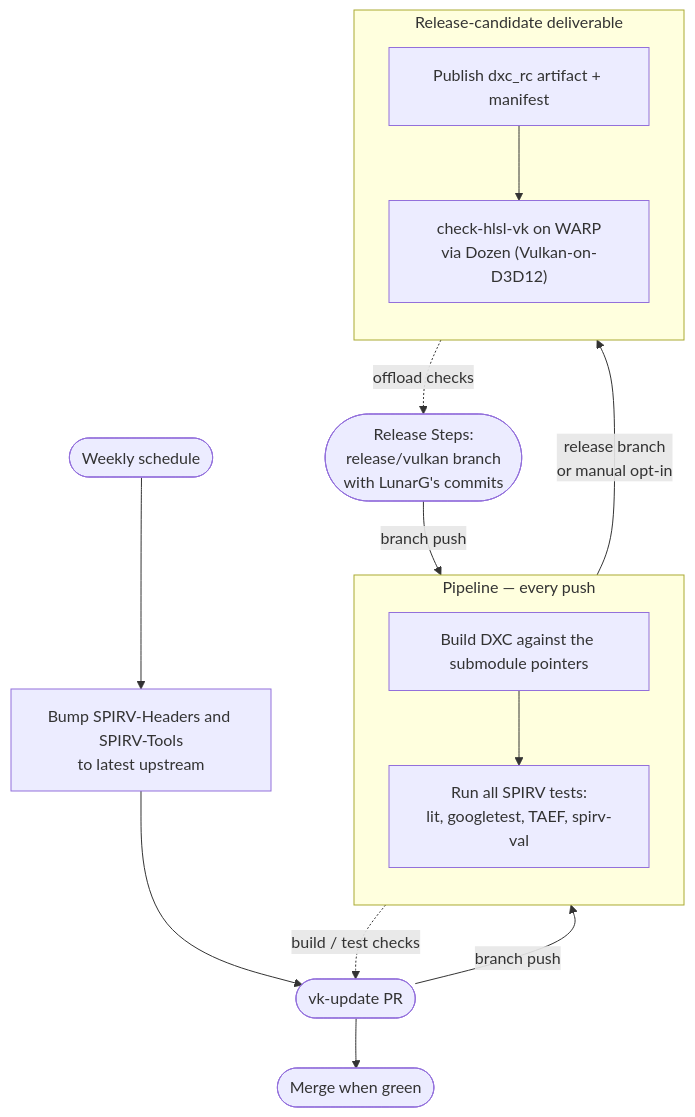
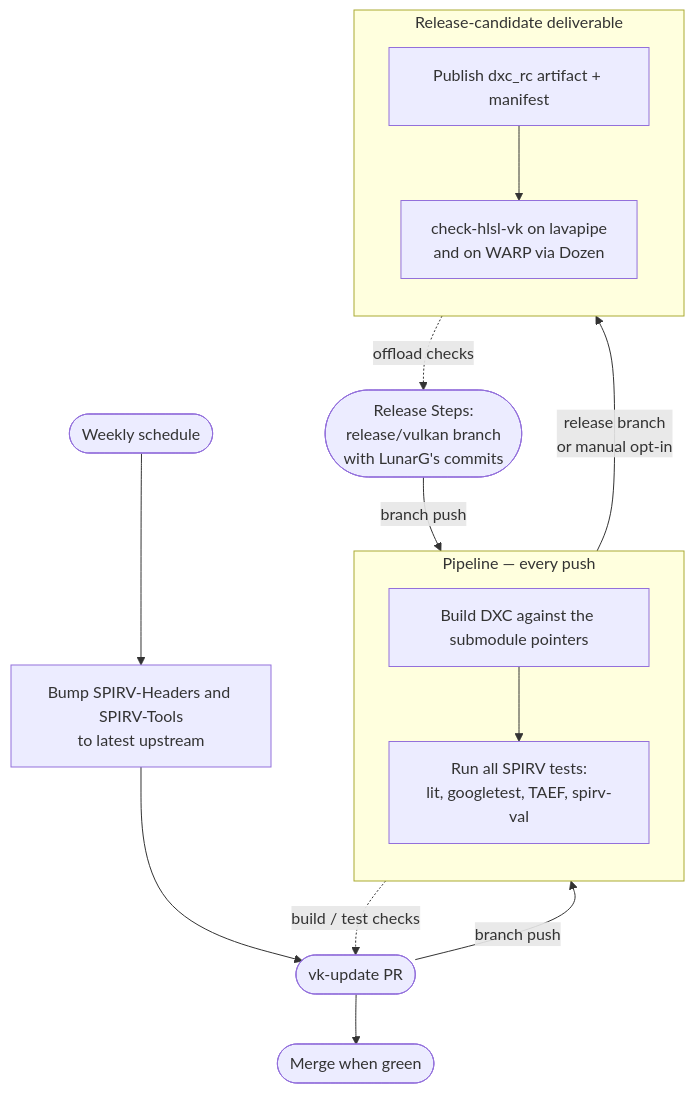
Before and after one commit to joaosaffran/DirectXShaderCompiler: the diagram in .github/workflows/spec.md, drawn with Mermaid. The commit also changed other lines of this file and 3 other files, not shown here.

````diff
--- a/.github/workflows/spec.md
+++ b/.github/workflows/spec.md
@@ -49,24 +50,24 @@
 ```mermaid
 flowchart TD
     schedule(["Weekly schedule"]) --> bump
     bump["Bump SPIRV-Headers and SPIRV-Tools<br/>to latest upstream"] --> vkpr
     vkpr(["vk-update PR"]) -->|branch push| build
     release(["Release Steps:<br/>release/vulkan branch<br/>with LunarG's commits"]) -->|branch push| build
 
     subgraph pipeline ["Pipeline — every push"]
         direction TB
         build["Build DXC against the submodule pointers"] --> test
         test["Run all SPIRV tests:<br/>lit, googletest, TAEF, spirv-val"]
     end
 
     test -->|release branch<br/>or manual opt-in| publish
     subgraph deliverable ["Release-candidate deliverable"]
         direction TB
         publish["Publish dxc_rc artifact + manifest"] --> offload
-        offload["check-hlsl-vk on WARP<br/>via Dozen (Vulkan-on-D3D12)"]
+        offload["check-hlsl-vk on lavapipe<br/>and on WARP via Dozen"]
     end
 
     test -. build / test checks .-> vkpr
     offload -. offload checks .-> release
     vkpr --> merge(["Merge when green"])
 ```
````
